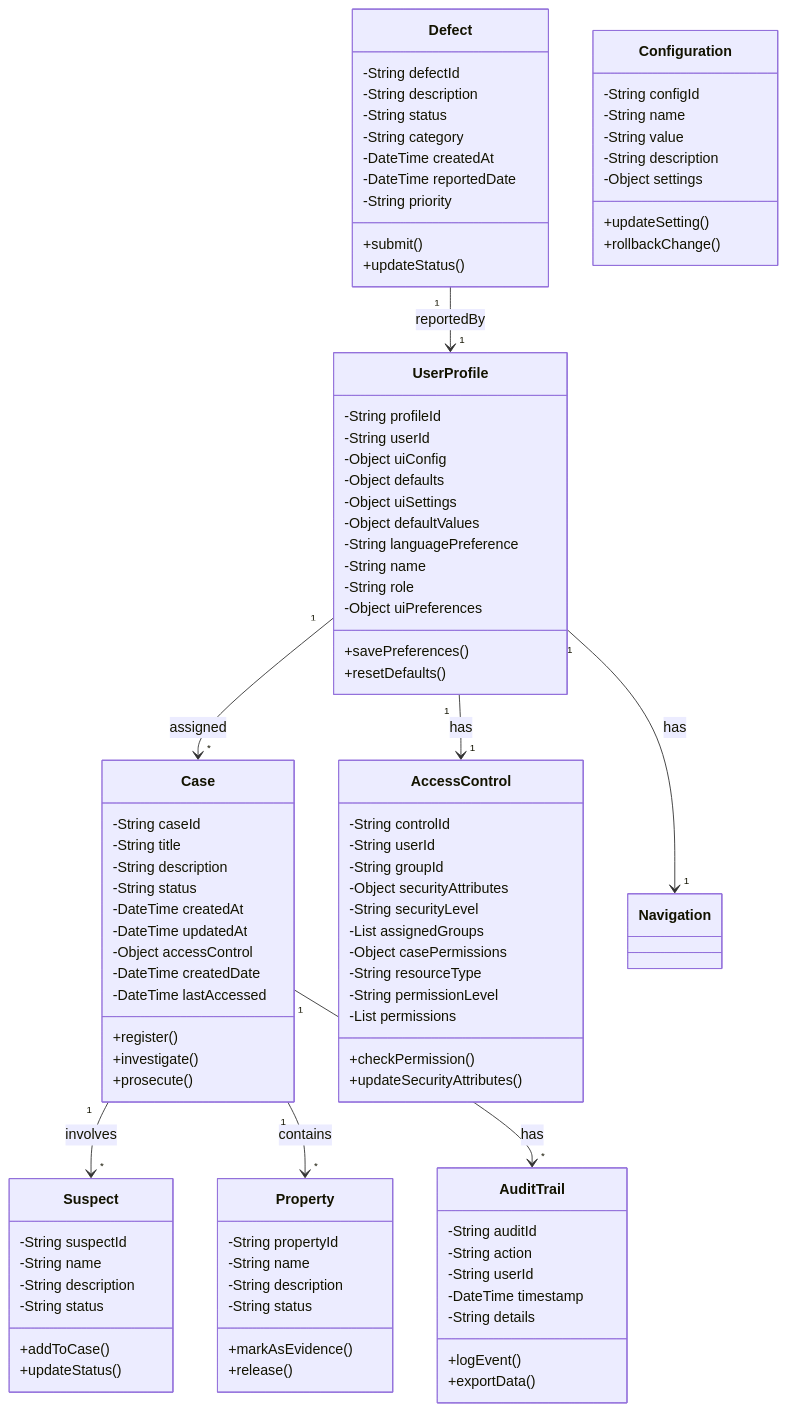
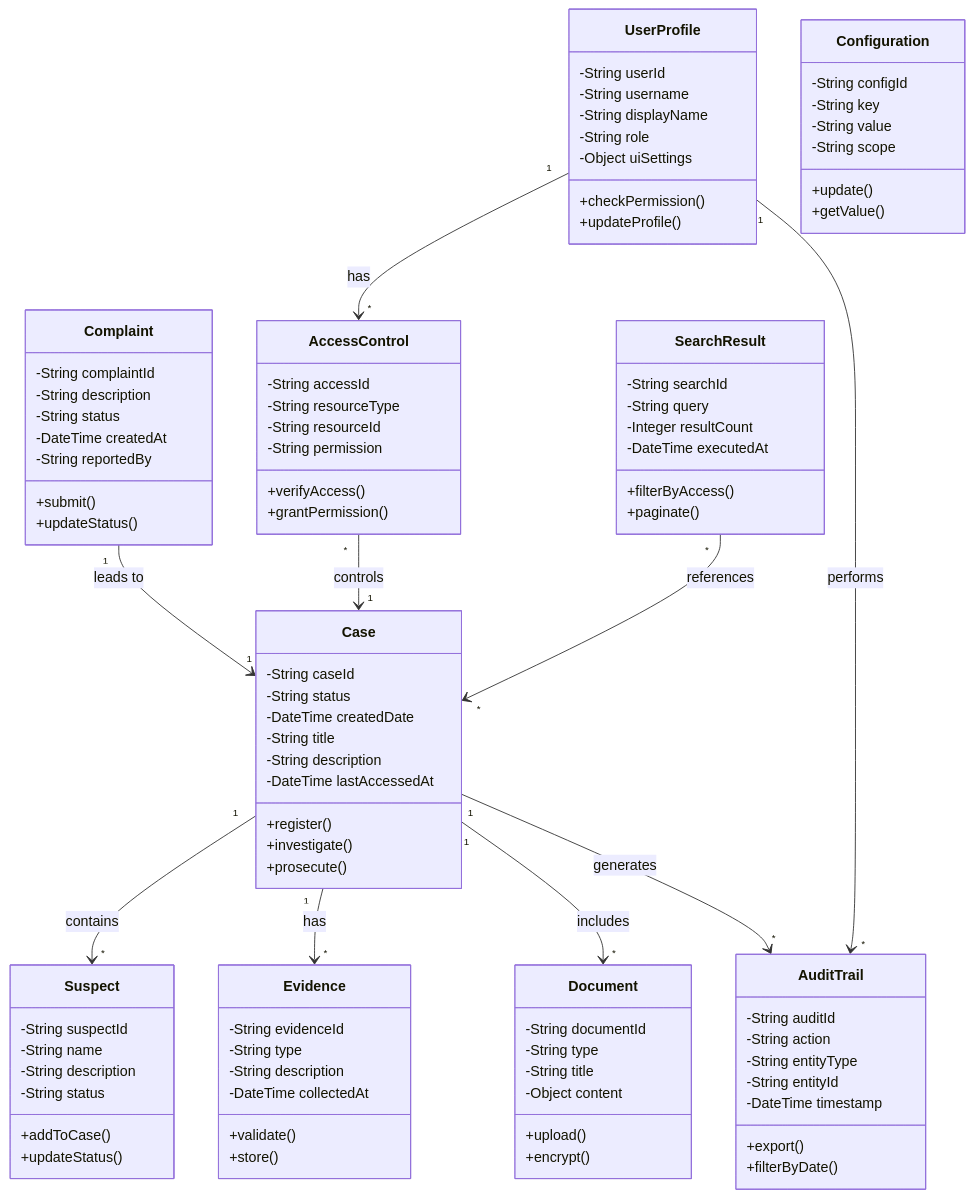
One commit to YxY09/ReqDesign-Agent changed the diagram in output/diagrams/class_diagram.mmd. Above: the diagram before and after it, drawn with Mermaid. The commit also changed other lines of this file and 39 other files, not shown here.

```diff
--- a/output/diagrams/class_diagram.mmd
+++ b/output/diagrams/class_diagram.mmd
@@ -1,95 +1,96 @@
 classDiagram
     class Case {
         -String caseId
+        -String status
+        -DateTime createdDate
         -String title
+        -String description
+        -DateTime lastAccessedAt
+        +register()
+        +investigate()
+        +prosecute()
+    }
+    class Complaint {
+        -String complaintId
         -String description
         -String status
         -DateTime createdAt
-        -DateTime updatedAt
-        -Object accessControl
-        -DateTime createdDate
-        -DateTime lastAccessed
-        +register()
-        +investigate()
-        +prosecute()
+        -String reportedBy
+        +submit()
+        +updateStatus()
     }
     class Suspect {
         -String suspectId
         -String name
         -String description
         -String status
         +addToCase()
         +updateStatus()
     }
-    class Property {
-        -String propertyId
-        -String name
+    class Evidence {
+        -String evidenceId
+        -String type
         -String description
-        -String status
-        +markAsEvidence()
-        +release()
+        -DateTime collectedAt
+        +validate()
+        +store()
+    }
+    class Document {
+        -String documentId
+        -String type
+        -String title
+        -Object content
+        +upload()
+        +encrypt()
+    }
+    class SearchResult {
+        -String searchId
+        -String query
+        -Integer resultCount
+        -DateTime executedAt
+        +filterByAccess()
+        +paginate()
+    }
+    class UserProfile {
+        -String userId
+        -String username
+        -String displayName
+        -String role
+        -Object uiSettings
+        +checkPermission()
+        +updateProfile()
+    }
+    class AccessControl {
+        -String accessId
+        -String resourceType
+        -String resourceId
+        -String permission
+        +verifyAccess()
+        +grantPermission()
     }
     class AuditTrail {
         -String auditId
         -String action
-        -String userId
+        -String entityType
+        -String entityId
         -DateTime timestamp
-        -String details
-        +logEvent()
-        +exportData()
-    }
-    class UserProfile {
-        -String profileId
-        -String userId
-        -Object uiConfig
-        -Object defaults
-        -Object uiSettings
-        -Object defaultValues
-        -String languagePreference
-        -String name
-        -String role
-        -Object uiPreferences
-        +savePreferences()
-        +resetDefaults()
-    }
-    class AccessControl {
-        -String controlId
-        -String userId
-        -String groupId
-        -Object securityAttributes
-        -String securityLevel
-        -List assignedGroups
-        -Object casePermissions
-        -String resourceType
-        -String permissionLevel
-        -List permissions
-        +checkPermission()
-        +updateSecurityAttributes()
-    }
-    class Defect {
-        -String defectId
-        -String description
-        -String status
-        -String category
-        -DateTime createdAt
-        -DateTime reportedDate
-        -String priority
-        +submit()
-        +updateStatus()
+        +export()
+        +filterByDate()
     }
     class Configuration {
         -String configId
-        -String name
+        -String key
         -String value
-        -String description
-        -Object settings
-        +updateSetting()
-        +rollbackChange()
+        -String scope
+        +update()
+        +getValue()
     }
-    Case "1" --> "*" Suspect : involves
-    Case "1" --> "*" Property : contains
-    Case "1" --> "*" AuditTrail : has
-    UserProfile "1" --> "1" AccessControl : has
-    UserProfile "1" --> "1" Navigation : has
-    UserProfile "1" --> "*" Case : assigned
-    Defect "1" --> "1" UserProfile : reportedBy
+    Case "1" --> "*" Suspect : contains
+    Case "1" --> "*" Evidence : has
+    Case "1" --> "*" Document : includes
+    Complaint "1" --> "1" Case : leads to
+    UserProfile "1" --> "*" AccessControl : has
+    AccessControl "*" --> "1" Case : controls
+    Case "1" --> "*" AuditTrail : generates
+    UserProfile "1" --> "*" AuditTrail : performs
+    SearchResult "*" --> "*" Case : references
```
